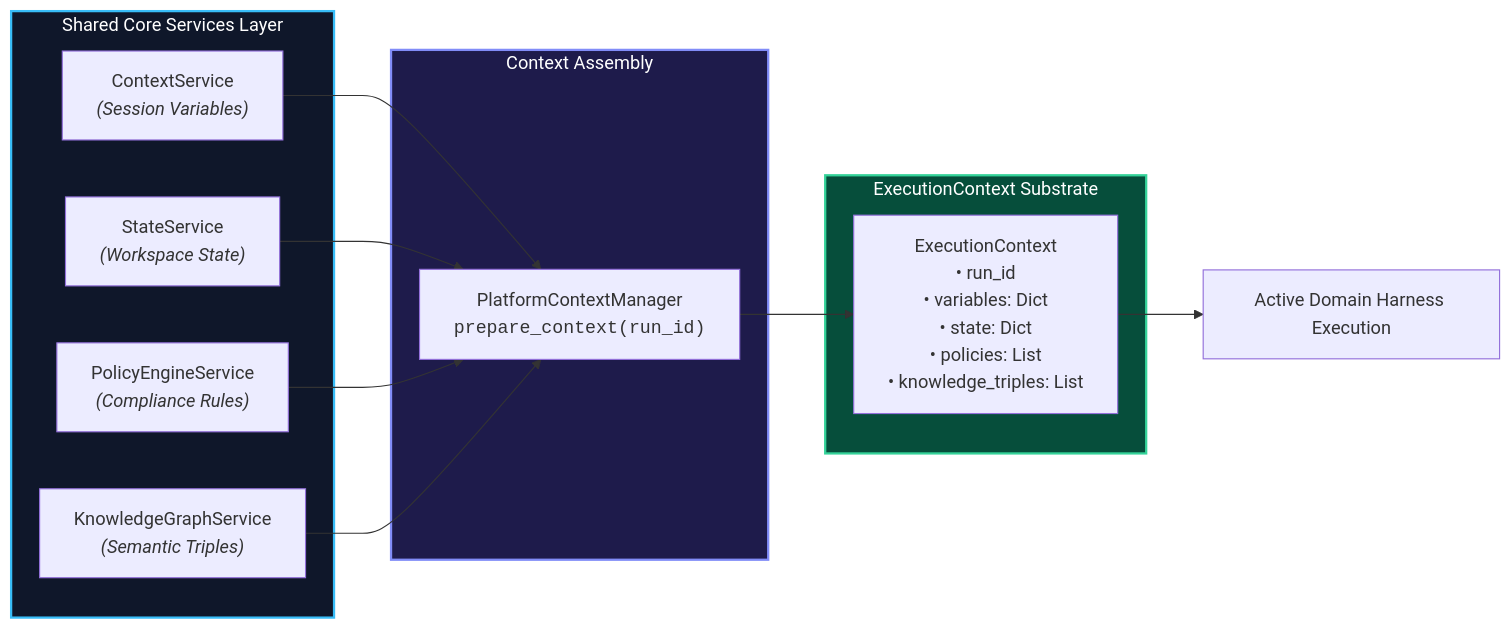
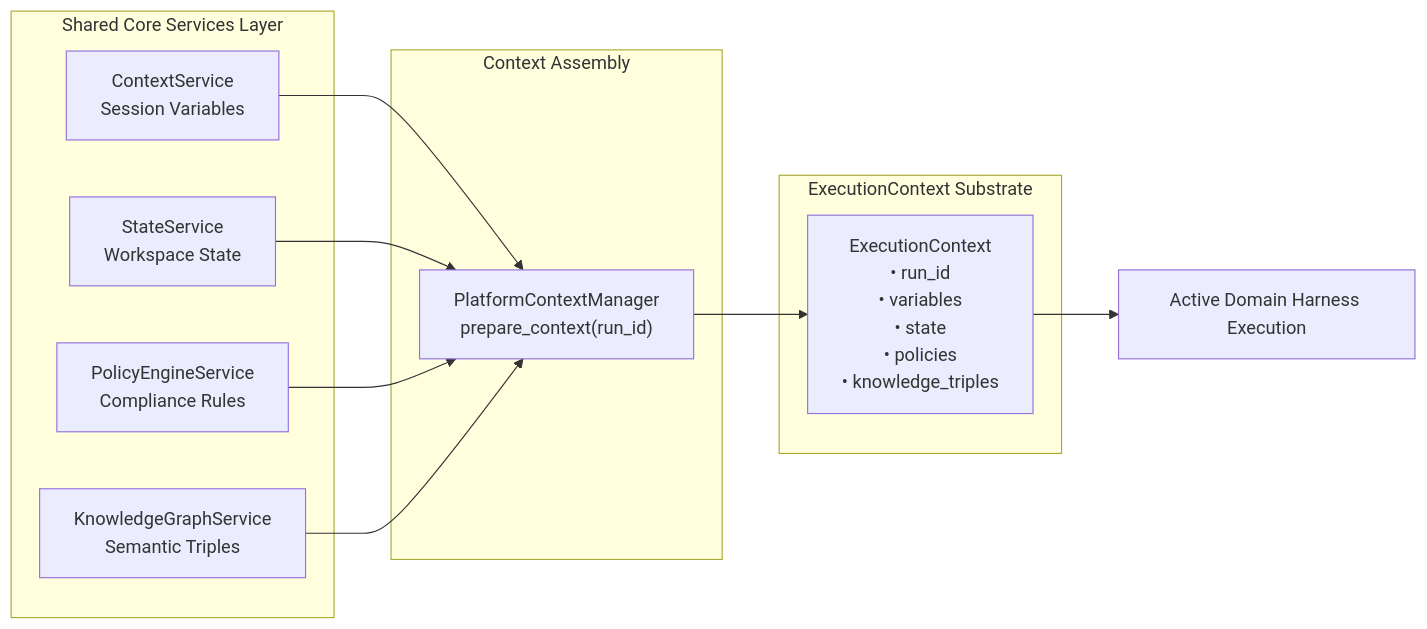
Before and after one commit to jacobjerryarackal/harness-engineering: the sixth of 16 diagrams in README.md, drawn with Mermaid. The commit also changed other lines of this file, not shown here.

Commit message:
docs: clean up Mermaid diagrams by removing styling and replace HLD diagram with static image link

````diff
--- a/README.md
+++ b/README.md
@@ -518,28 +346,24 @@
 ```mermaid
 flowchart LR
     subgraph MemorySources["Shared Core Services Layer"]
-        CV["ContextService<br/><i>(Session Variables)</i>"]
-        SS["StateService<br/><i>(Workspace State)</i>"]
-        PE["PolicyEngineService<br/><i>(Compliance Rules)</i>"]
-        KG["KnowledgeGraphService<br/><i>(Semantic Triples)</i>"]
+        CV["ContextService<br/>Session Variables"]
+        SS["StateService<br/>Workspace State"]
+        PE["PolicyEngineService<br/>Compliance Rules"]
+        KG["KnowledgeGraphService<br/>Semantic Triples"]
     end
 
     subgraph Assembly["Context Assembly"]
-        PCM["PlatformContextManager<br/><code>prepare_context(run_id)</code>"]
+        PCM["PlatformContextManager<br/>prepare_context(run_id)"]
     end
 
     subgraph ContextObject["ExecutionContext Substrate"]
-        EC["ExecutionContext<br/>• run_id<br/>• variables: Dict<br/>• state: Dict<br/>• policies: List<br/>• knowledge_triples: List"]
+        EC["ExecutionContext<br/>• run_id<br/>• variables<br/>• state<br/>• policies<br/>• knowledge_triples"]
     end
 
     CV --> PCM
     SS --> PCM
     PE --> PCM
     KG --> PCM
     PCM --> EC
     EC --> HarnessExec["Active Domain Harness Execution"]
-
-    style MemorySources fill:#0f172a,stroke:#38bdf8,stroke-width:2px,color:#fff
-    style Assembly fill:#1e1b4b,stroke:#818cf8,stroke-width:2px,color:#fff
-    style ContextObject fill:#064e3b,stroke:#34d399,stroke-width:2px,color:#fff
 ```
````
